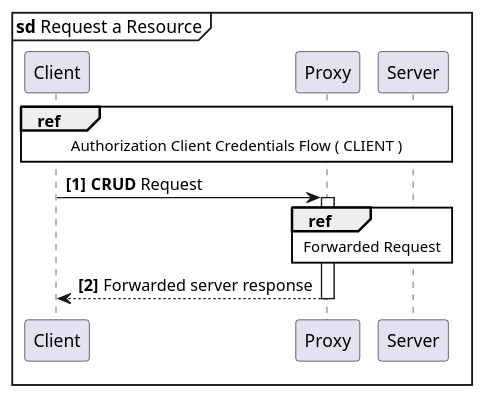
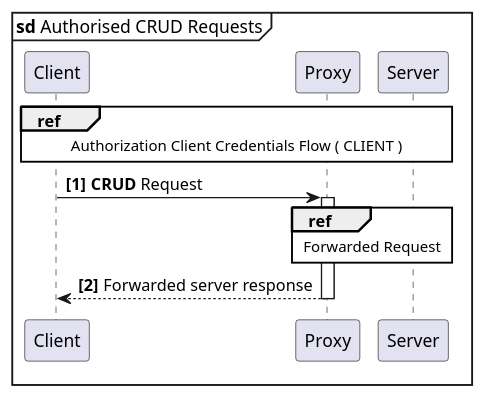
Before and after one commit to guddii/SEACT: the diagram in docs/resources/diagrams/sd_Request_a_resource.puml, drawn with PlantUML. The commit also changed 71 other files, not shown here.

```diff
--- a/docs/resources/diagrams/sd_Request_a_resource.puml
+++ b/docs/resources/diagrams/sd_Request_a_resource.puml
@@ -1,17 +1,17 @@
 @startuml
 'https://plantuml.com/sequence-diagram
 
 skinparam sequenceReferenceBackgroundColor white
 
 autonumber 1 1 "<b>[0]"
-mainframe **sd** Request a Resource
+mainframe **sd** Authorised CRUD Requests
 
 participant "Client" as Client
 participant "Proxy" as Proxy
 participant "Server" as Server
 
 ref over Client,Proxy,Server    : Authorization Client Credentials Flow ( CLIENT )
 Client  ->  Proxy   ++          : **CRUD** Request
 ref over Proxy, Server          : Forwarded Request
 Client  <-- Proxy   --          : Forwarded server response
 @enduml
```
